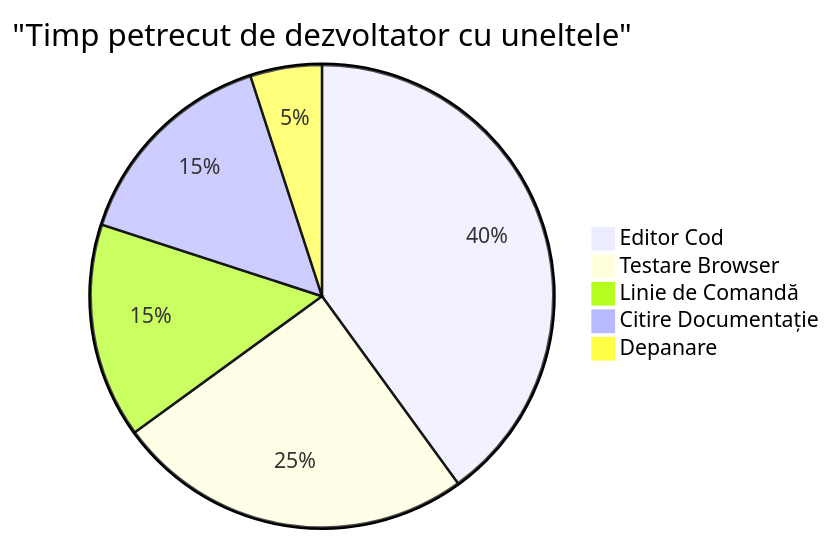
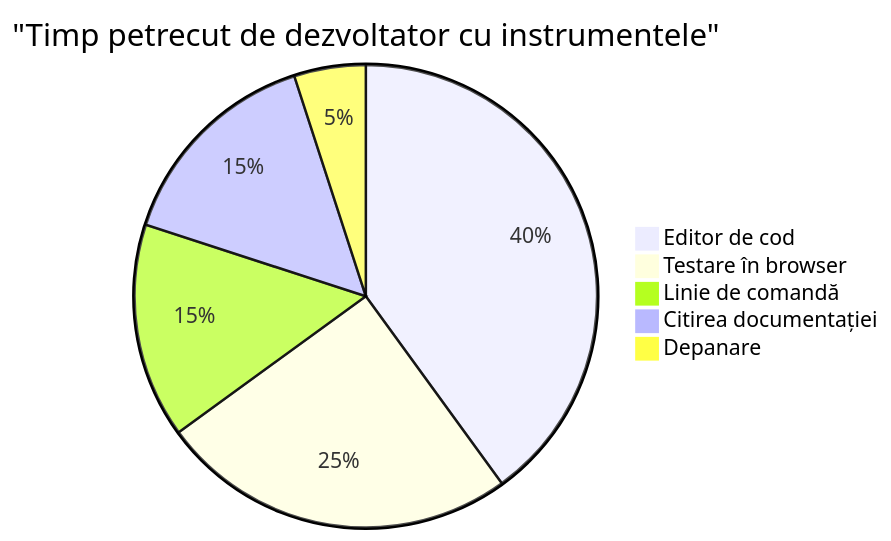
The sixth of 7 diagrams in translations/ro/1-getting-started-lessons/1-intro-to-programming-languages/README.md (microsoft/Web-Dev-For-Beginners), drawn with Mermaid before and after one commit. The commit also changed other lines of this file and 8 other files, not shown here.

````diff
--- a/translations/ro/1-getting-started-lessons/1-intro-to-programming-languages/README.md
+++ b/translations/ro/1-getting-started-lessons/1-intro-to-programming-languages/README.md
@@ -713,8 +713,8 @@
 ```mermaid
-pie title "Timp petrecut de dezvoltator cu uneltele"
-    "Editor Cod" : 40
-    "Testare Browser" : 25
-    "Linie de Comandă" : 15
-    "Citire Documentație" : 15
+pie title "Timp petrecut de dezvoltator cu instrumentele"
+    "Editor de cod" : 40
+    "Testare în browser" : 25
+    "Linie de comandă" : 15
+    "Citirea documentației" : 15
     "Depanare" : 5
 ```
````
